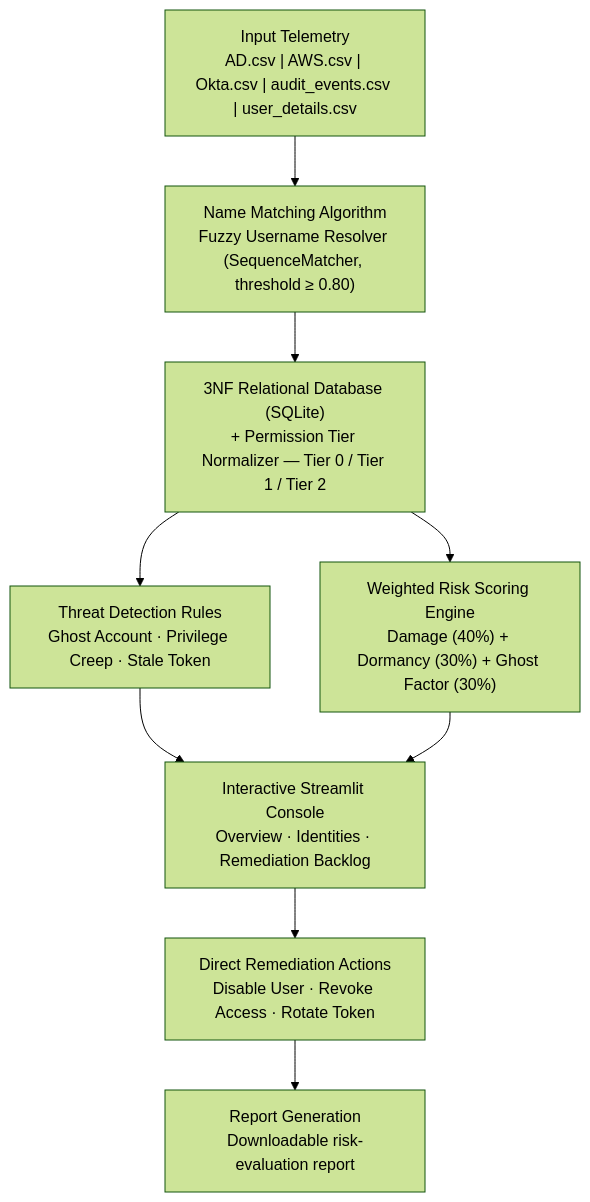
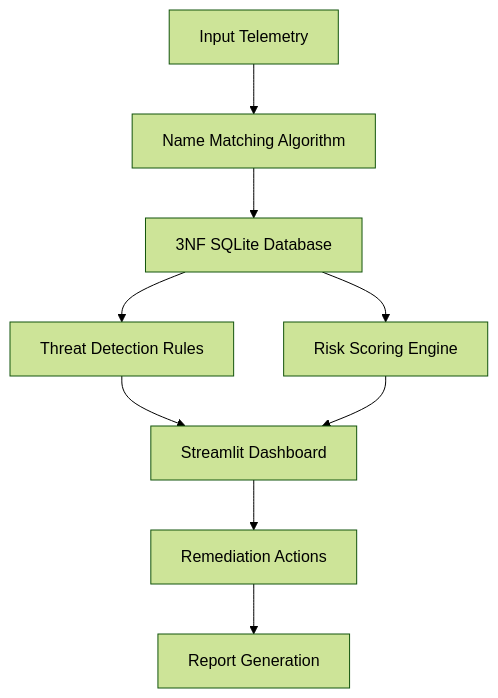
The diagram in README.md (Jairamhegde/HybridGuard), drawn with Mermaid (forest theme) before and after one commit. The commit also changed other lines of this file, not shown here.

````diff
--- a/README.md
+++ b/README.md
@@ -34,16 +34,16 @@
 ```mermaid
 flowchart TD
-    A["Input Telemetry<br/>AD.csv | AWS.csv | Okta.csv | audit_events.csv | user_details.csv"]
-    B["Name Matching Algorithm<br/>Fuzzy Username Resolver (SequenceMatcher, threshold ≥ 0.80)"]
-    C["3NF Relational Database (SQLite)<br/>+ Permission Tier Normalizer — Tier 0 / Tier 1 / Tier 2"]
-    D["Threat Detection Rules<br/>Ghost Account · Privilege Creep · Stale Token"]
-    E["Weighted Risk Scoring Engine<br/>Damage (40%) + Dormancy (30%) + Ghost Factor (30%)"]
-    F["Interactive Streamlit Console<br/>Overview · Identities · Remediation Backlog"]
-    G["Direct Remediation Actions<br/>Disable User · Revoke Access · Rotate Token"]
-    H["Report Generation<br/>Downloadable risk-evaluation report"]
+    A["Input Telemetry"]
+    B["Name Matching Algorithm"]
+    C["3NF SQLite Database"]
+    D["Threat Detection Rules"]
+    E["Risk Scoring Engine"]
+    F["Streamlit Dashboard"]
+    G["Remediation Actions"]
+    H["Report Generation"]
 
     A --> B --> C
     C --> D --> F
     C --> E --> F
     F --> G --> H
 ```
````
